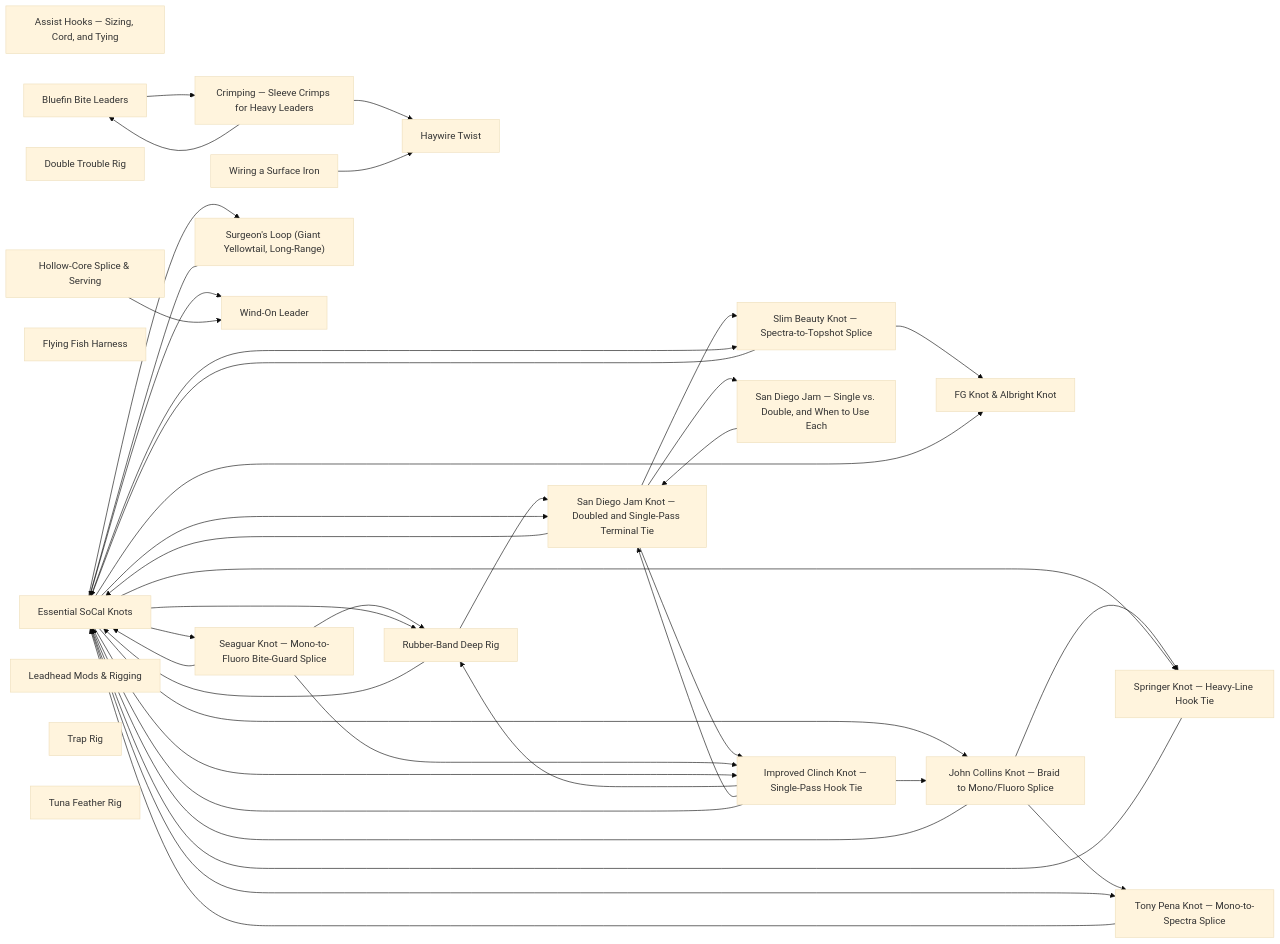
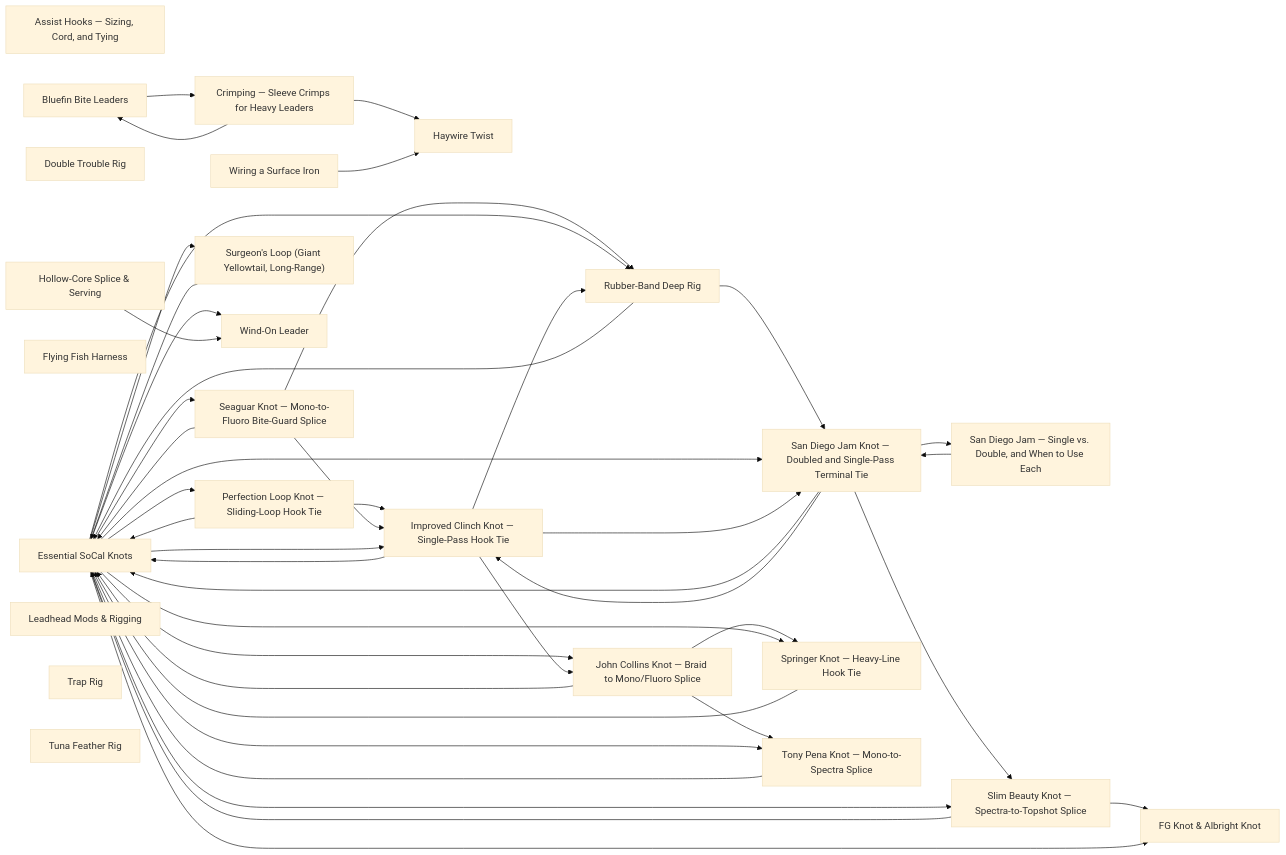
One commit to camchuckpete-max/Socal-Fishing-Knowledge changed the diagram in rigging/README.md. Above: the diagram before and after it, drawn with Mermaid (base theme). The commit also changed other lines of this file and 5 other files, not shown here.

````diff
--- a/rigging/README.md
+++ b/rigging/README.md
@@ -37,65 +38,69 @@
 ```mermaid
 graph LR
   n0["Assist Hooks — Sizing, Cord, and Tying"]
   n1["Bluefin Bite Leaders"]
   n2["Crimping — Sleeve Crimps for Heavy Leaders"]
   n3["Double Trouble Rig"]
   n4["Essential SoCal Knots"]
   n5["FG Knot & Albright Knot"]
   n6["Flying Fish Harness"]
   n7["Haywire Twist"]
   n8["Hollow-Core Splice & Serving"]
   n9["Improved Clinch Knot — Single-Pass Hook Tie"]
   n10["John Collins Knot — Braid to Mono/Fluoro Splice"]
   n11["Leadhead Mods & Rigging"]
-  n12["Rubber-Band Deep Rig"]
-  n13["San Diego Jam Knot — Doubled and Single-Pass Terminal Tie"]
-  n14["San Diego Jam — Single vs. Double, and When to Use Each"]
-  n15["Seaguar Knot — Mono-to-Fluoro Bite-Guard Splice"]
-  n16["Slim Beauty Knot — Spectra-to-Topshot Splice"]
-  n17["Springer Knot — Heavy-Line Hook Tie"]
-  n18["Surgeon's Loop (Giant Yellowtail, Long-Range)"]
-  n19["Tony Pena Knot — Mono-to-Spectra Splice"]
-  n20["Trap Rig"]
-  n21["Tuna Feather Rig"]
-  n22["Wind-On Leader"]
-  n23["Wiring a Surface Iron"]
+  n12["Perfection Loop Knot — Sliding-Loop Hook Tie"]
+  n13["Rubber-Band Deep Rig"]
+  n14["San Diego Jam Knot — Doubled and Single-Pass Terminal Tie"]
+  n15["San Diego Jam — Single vs. Double, and When to Use Each"]
+  n16["Seaguar Knot — Mono-to-Fluoro Bite-Guard Splice"]
+  n17["Slim Beauty Knot — Spectra-to-Topshot Splice"]
+  n18["Springer Knot — Heavy-Line Hook Tie"]
+  n19["Surgeon's Loop (Giant Yellowtail, Long-Range)"]
+  n20["Tony Pena Knot — Mono-to-Spectra Splice"]
+  n21["Trap Rig"]
+  n22["Tuna Feather Rig"]
+  n23["Wind-On Leader"]
+  n24["Wiring a Surface Iron"]
   n1 --> n2
-  n10 --> n17
-  n10 --> n19
+  n10 --> n18
+  n10 --> n20
   n10 --> n4
-  n12 --> n13
   n12 --> n4
+  n12 --> n9
   n13 --> n14
-  n13 --> n16
   n13 --> n4
-  n13 --> n9
-  n14 --> n13
-  n15 --> n12
-  n15 --> n4
-  n15 --> n9
+  n14 --> n15
+  n14 --> n17
+  n14 --> n4
+  n14 --> n9
+  n15 --> n14
+  n16 --> n13
   n16 --> n4
-  n16 --> n5
+  n16 --> n9
   n17 --> n4
+  n17 --> n5
   n18 --> n4
   n19 --> n4
   n2 --> n1
   n2 --> n7
-  n23 --> n7
+  n20 --> n4
+  n24 --> n7
   n4 --> n10
   n4 --> n12
   n4 --> n13
-  n4 --> n15
+  n4 --> n14
   n4 --> n16
   n4 --> n17
   n4 --> n18
   n4 --> n19
-  n4 --> n22
+  n4 --> n20
+  n4 --> n23
   n4 --> n5
   n4 --> n9
-  n8 --> n22
+  n8 --> n23
   n9 --> n10
-  n9 --> n12
   n9 --> n13
+  n9 --> n14
   n9 --> n4
 ```
````
